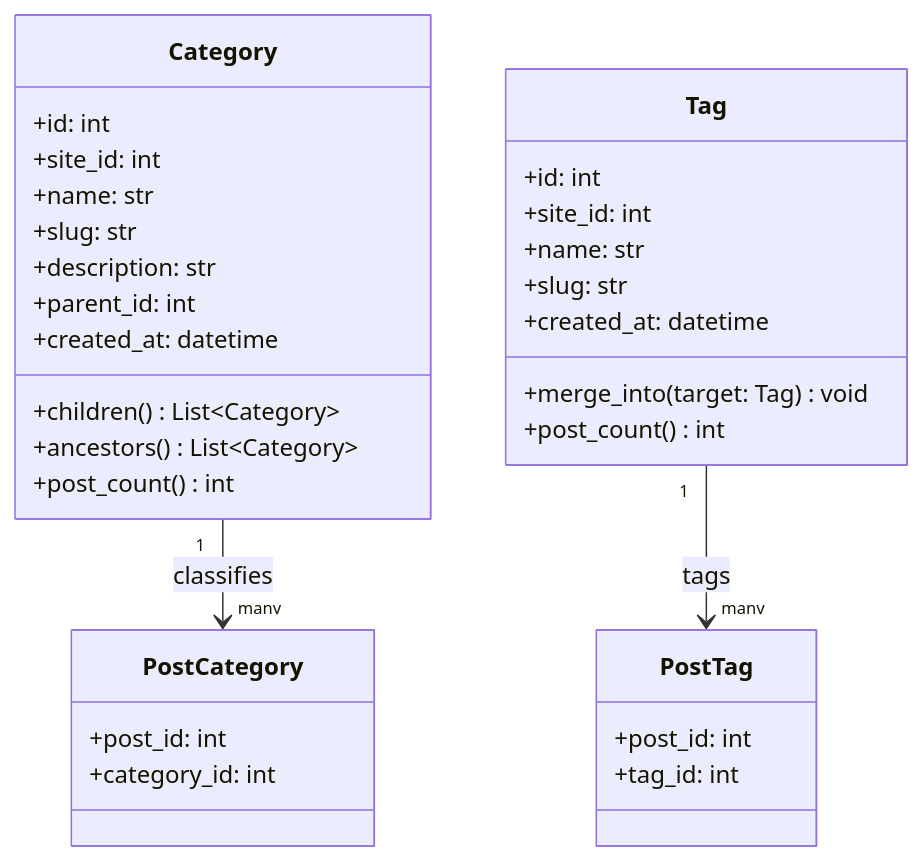
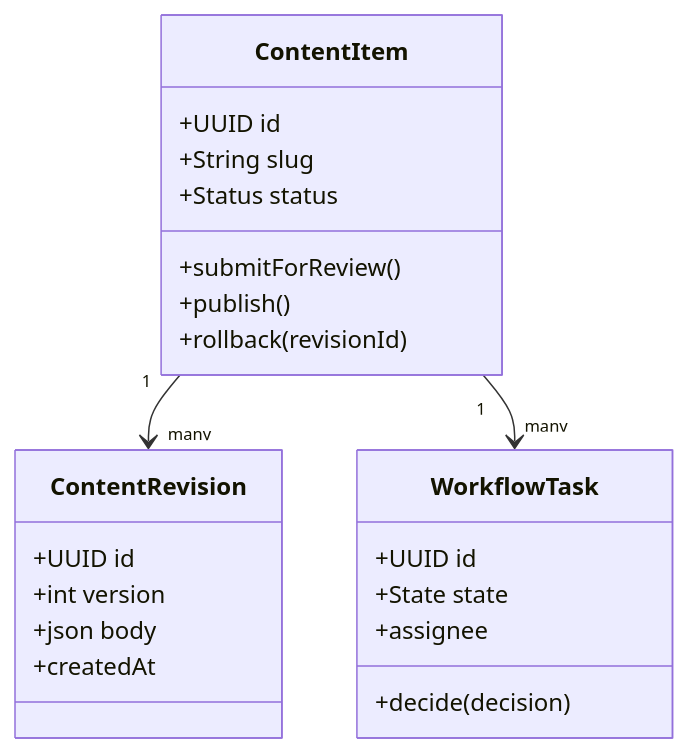
One commit to 0Ankit0/Project-Ideas changed the diagram in Content Management System/detailed-design/class-diagrams.md. Above: the diagram before and after it, drawn with Mermaid. The commit also changed other lines of this file and 35 other files, not shown here.

Commit message:
Deepen CMS docs with mermaid diagrams and implementation detail

````diff
--- a/Content Management System/detailed-design/class-diagrams.md
+++ b/Content Management System/detailed-design/class-diagrams.md
@@ -105,38 +7,25 @@
 ```mermaid
 classDiagram
-    class Category {
-        +id: int
-        +site_id: int
-        +name: str
-        +slug: str
-        +description: str
-        +parent_id: int
-        +created_at: datetime
-        +children() List~Category~
-        +ancestors() List~Category~
-        +post_count() int
+    class ContentItem {
+      +UUID id
+      +String slug
+      +Status status
+      +submitForReview()
+      +publish()
+      +rollback(revisionId)
     }
-
-    class Tag {
-        +id: int
-        +site_id: int
-        +name: str
-        +slug: str
-        +created_at: datetime
-        +merge_into(target: Tag) void
-        +post_count() int
+    class ContentRevision {
+      +UUID id
+      +int version
+      +json body
+      +createdAt
     }
-
-    class PostCategory {
-        +post_id: int
-        +category_id: int
+    class WorkflowTask {
+      +UUID id
+      +State state
+      +assignee
+      +decide(decision)
     }
-
-    class PostTag {
-        +post_id: int
-        +tag_id: int
-    }
-
-    Category "1" --> "many" PostCategory : classifies
-    Tag "1" --> "many" PostTag : tags
+    ContentItem "1" --> "many" ContentRevision
+    ContentItem "1" --> "many" WorkflowTask
 ```
````
